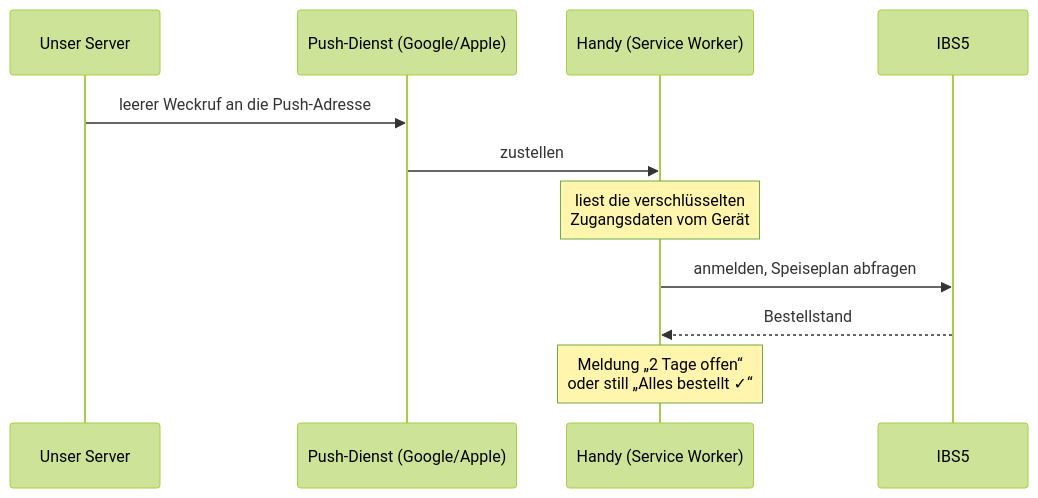
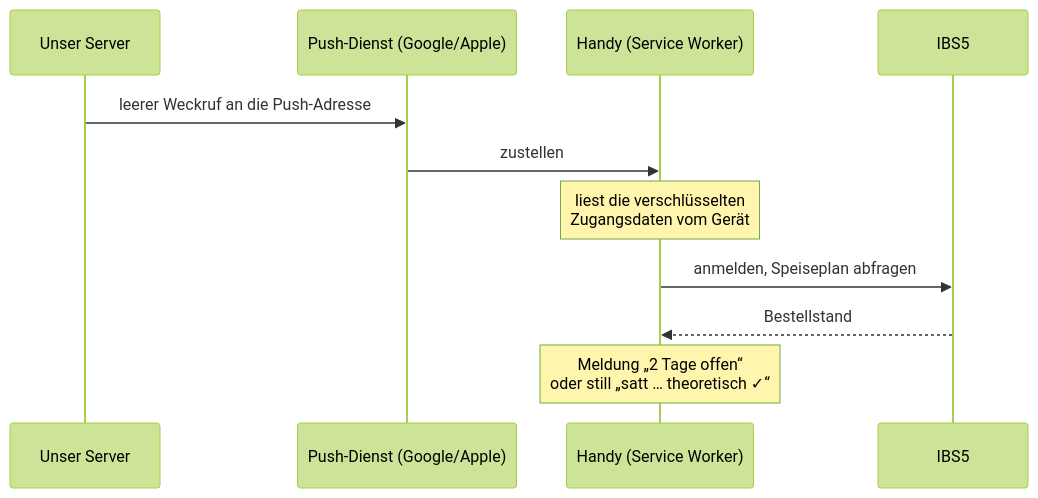
The diagram in README.md (thmschk/sunshine-reminder), drawn with Mermaid (forest theme) before and after one commit. The commit also changed 2 other files, not shown here.

Commit message:
„Alles bestellt ✓“ heißt jetzt „satt … theoretisch ✓“ (Startseite und Meldung)

````diff
--- a/README.md
+++ b/README.md
@@ -72,13 +72,13 @@
    ```mermaid
    sequenceDiagram
        participant S as Unser Server
        participant P as Push-Dienst (Google/Apple)
        participant H as Handy (Service Worker)
        participant I as IBS5
        S->>P: leerer Weckruf an die Push-Adresse
        P->>H: zustellen
        Note over H: liest die verschlüsselten<br/>Zugangsdaten vom Gerät
        H->>I: anmelden, Speiseplan abfragen
        I-->>H: Bestellstand
-       Note over H: Meldung „2 Tage offen“<br/>oder still „Alles bestellt ✓“
+       Note over H: Meldung „2 Tage offen“<br/>oder still „satt … theoretisch ✓“
    ```
````
